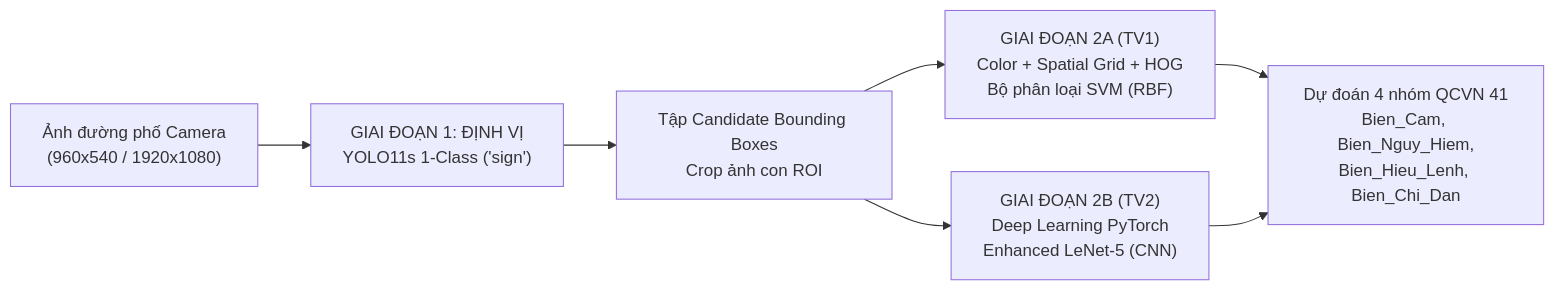
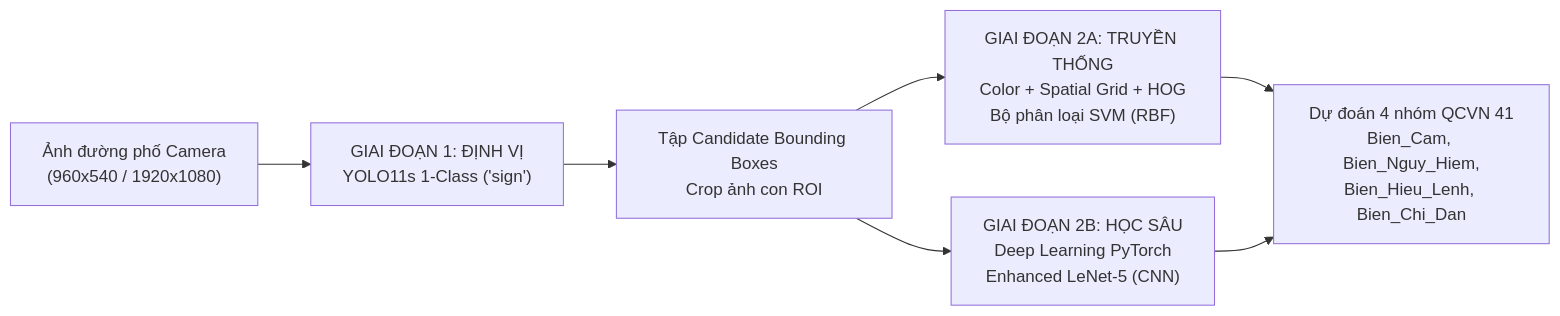
The diagram in BAO_CAO_DO_AN.md (ThanhTan2k6/traffic-sign-classification), drawn with Mermaid before and after one commit. The commit also changed other lines of this file and 1 other file, not shown here.

Commit message:
docs: academic rewrite of report with exhaustive deep learning specs, layer table, math derivations, defense Q&A cheatsheet, and clean task allocation

````diff
--- a/BAO_CAO_DO_AN.md
+++ b/BAO_CAO_DO_AN.md
@@ -63,11 +65,11 @@
 ```mermaid
 flowchart LR
     A["Ảnh đường phố Camera<br/>(960x540 / 1920x1080)"] --> B["GIAI ĐOẠN 1: ĐỊNH VỊ<br/>YOLO11s 1-Class ('sign')"]
     B --> C["Tập Candidate Bounding Boxes<br/>Crop ảnh con ROI"]
     
-    C --> D1["GIAI ĐOẠN 2A (TV1)<br/>Color + Spatial Grid + HOG<br/>Bộ phân loại SVM (RBF)"]
-    C --> D2["GIAI ĐOẠN 2B (TV2)<br/>Deep Learning PyTorch<br/>Enhanced LeNet-5 (CNN)"]
+    C --> D1["GIAI ĐOẠN 2A: TRUYỀN THỐNG<br/>Color + Spatial Grid + HOG<br/>Bộ phân loại SVM (RBF)"]
+    C --> D2["GIAI ĐOẠN 2B: HỌC SÂU<br/>Deep Learning PyTorch<br/>Enhanced LeNet-5 (CNN)"]
     
     D1 --> E["Dự đoán 4 nhóm QCVN 41<br/>Bien_Cam, Bien_Nguy_Hiem,<br/>Bien_Hieu_Lenh, Bien_Chi_Dan"]
     D2 --> E
 ```
````
